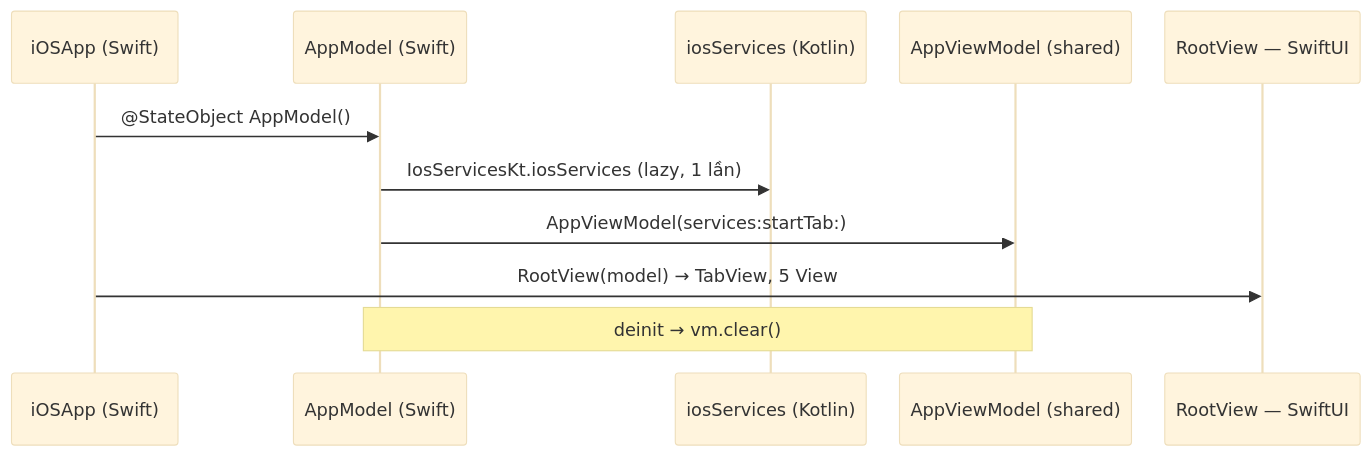
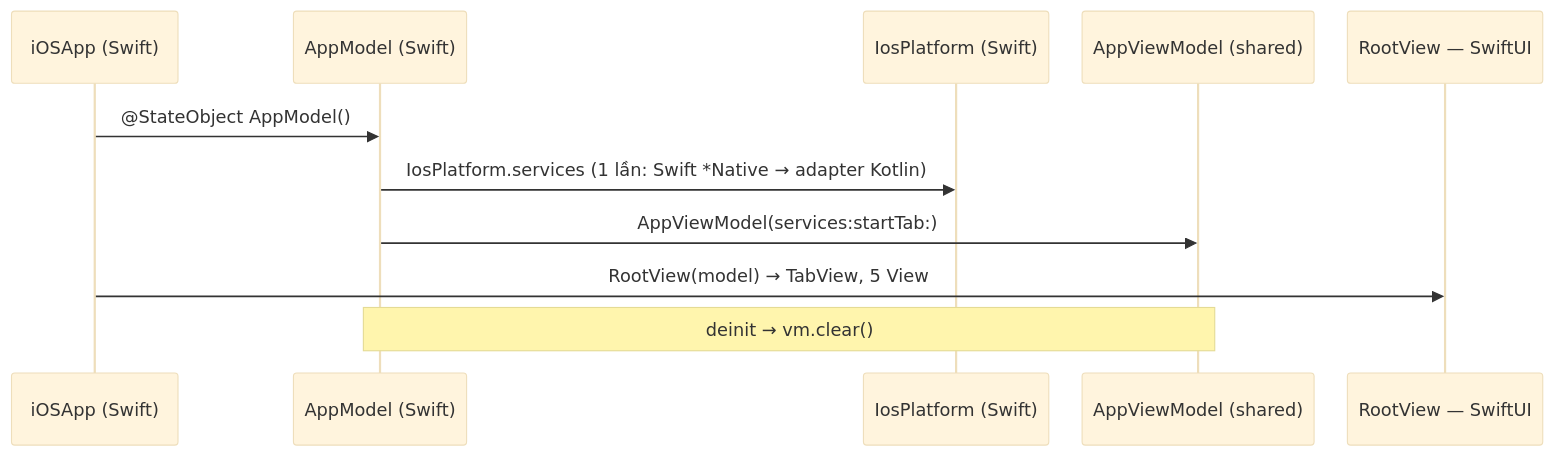
The third of 5 diagrams in docs/README-KMP-HOW-IT-WORKS.md (tucarmd/kotlin-multi-platform), drawn with Mermaid (base theme) before and after one commit. The commit also changed other lines of this file and 6 other files, not shown here.

First line of the commit message:
docs(site): R5 — iOS real SDK in Swift + Kotlin adapters, simulator-checked, real iPhone pending

````diff
--- a/docs/README-KMP-HOW-IT-WORKS.md
+++ b/docs/README-KMP-HOW-IT-WORKS.md
@@ -95,14 +95,14 @@
 ```mermaid
 %%{init: {"sequence": {"actorFontSize": 17, "messageFontSize": 17, "noteFontSize": 16, "actorMargin": 30}}}%%
 sequenceDiagram
     participant APP as iOSApp (Swift)
     participant AM as AppModel (Swift)
-    participant IS as iosServices (Kotlin)
+    participant IS as IosPlatform (Swift)
     participant VM as AppViewModel (shared)
     participant RV as RootView — SwiftUI
     APP->>AM: @StateObject AppModel()
-    AM->>IS: IosServicesKt.iosServices (lazy, 1 lần)
+    AM->>IS: IosPlatform.services (1 lần: Swift *Native → adapter Kotlin)
     AM->>VM: AppViewModel(services:startTab:)
     APP->>RV: RootView(model) → TabView, 5 View
     Note over AM,VM: deinit → vm.clear()
 ```
````
